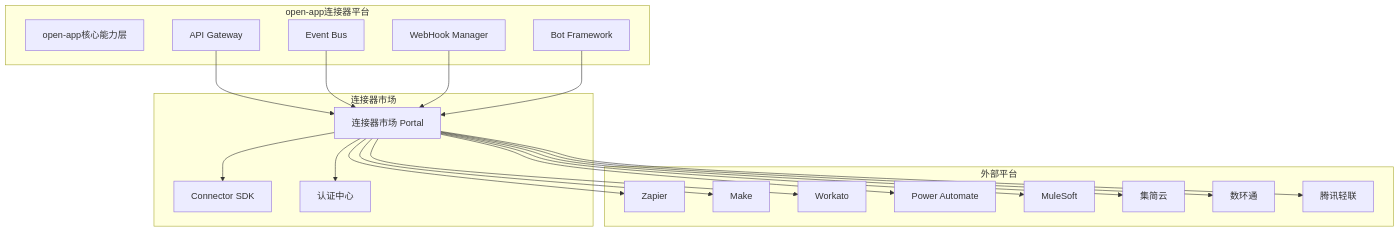
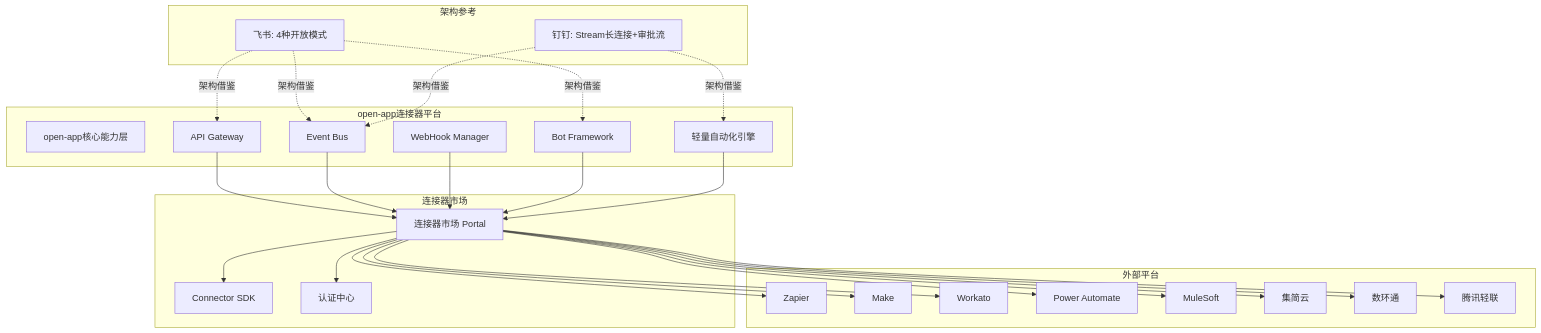
The eighth of 10 diagrams in docs/software-connector-platform-research/软件连接器平台汇总对比调研报告.md (THZSummer/open-app), drawn with Mermaid before and after one commit. The commit also changed other lines of this file and 2 other files, not shown here.

````diff
--- a/docs/software-connector-platform-research/软件连接器平台汇总对比调研报告.md
+++ b/docs/software-connector-platform-research/软件连接器平台汇总对比调研报告.md
@@ -733,43 +884,56 @@
 ```mermaid
 graph TB
     subgraph open-app连接器平台
     OA[open-app核心能力层]
     API[API Gateway]
     EVT[Event Bus]
     WH[WebHook Manager]
     BOT[Bot Framework]
+    AUTO[轻量自动化引擎]
     end
     
     subgraph 连接器市场
     CM[连接器市场 Portal]
     SDK[Connector SDK]
     CERT[认证中心]
     end
     
     subgraph 外部平台
     Z[Zapier]
     M[Make]
     W[Workato]
     PA[Power Automate]
     MS[MuleSoft]
     JJY[集简云]
     SHT[数环通]
     TXQL[腾讯轻联]
     end
     
+    subgraph 架构参考
+    FS[飞书: 4种开放模式]
+    DD[钉钉: Stream长连接+审批流]
+    end
+    
     API --> CM
     EVT --> CM
     WH --> CM
     BOT --> CM
+    AUTO --> CM
     CM --> SDK
     CM --> CERT
     
     CM --> Z
     CM --> M
     CM --> W
     CM --> PA
     CM --> MS
     CM --> JJY
     CM --> SHT
     CM --> TXQL
+    
+    FS -.-> |架构借鉴| API
+    FS -.-> |架构借鉴| EVT
+    FS -.-> |架构借鉴| BOT
+    DD -.-> |架构借鉴| AUTO
+    DD -.-> |架构借鉴| EVT
 ```
````
